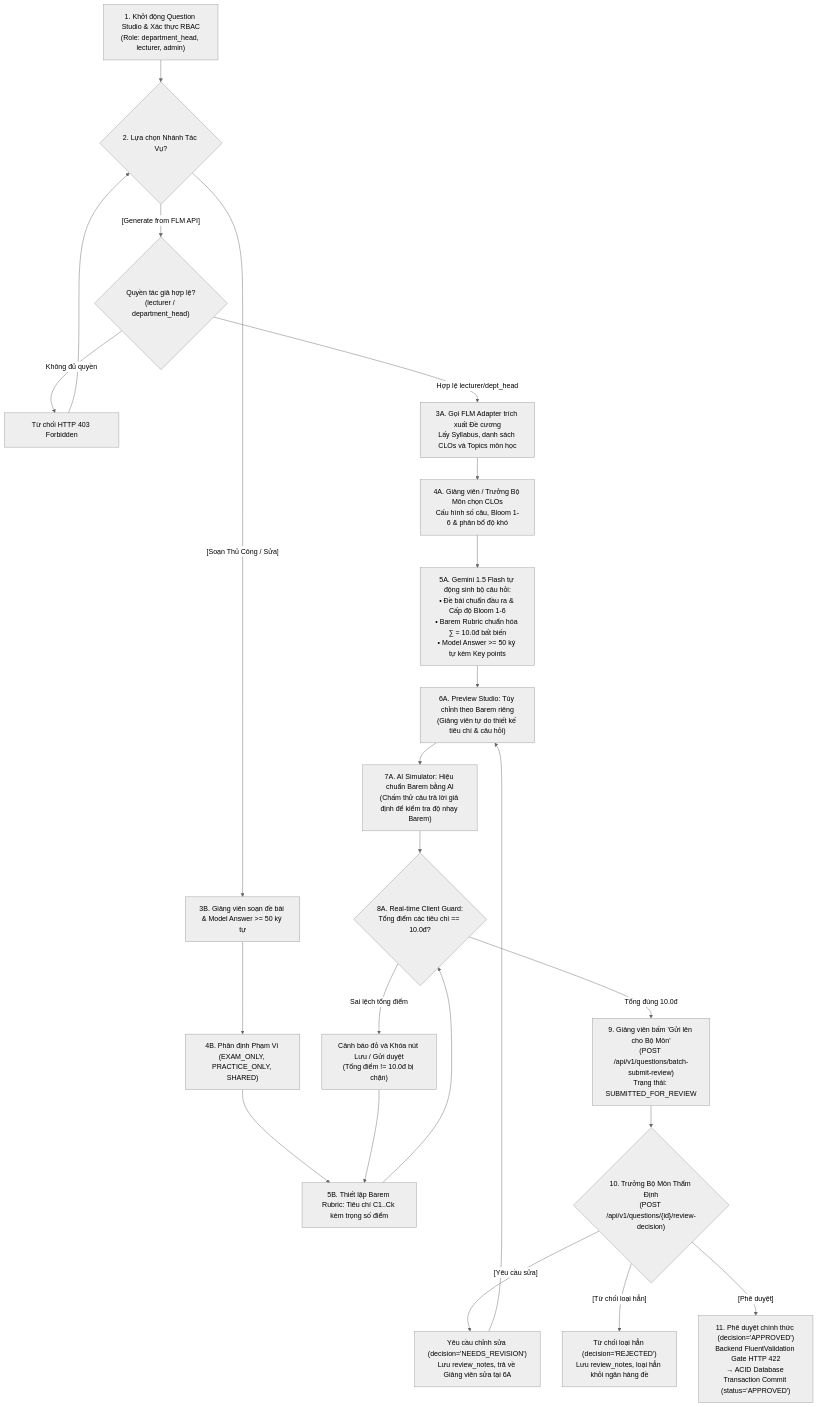
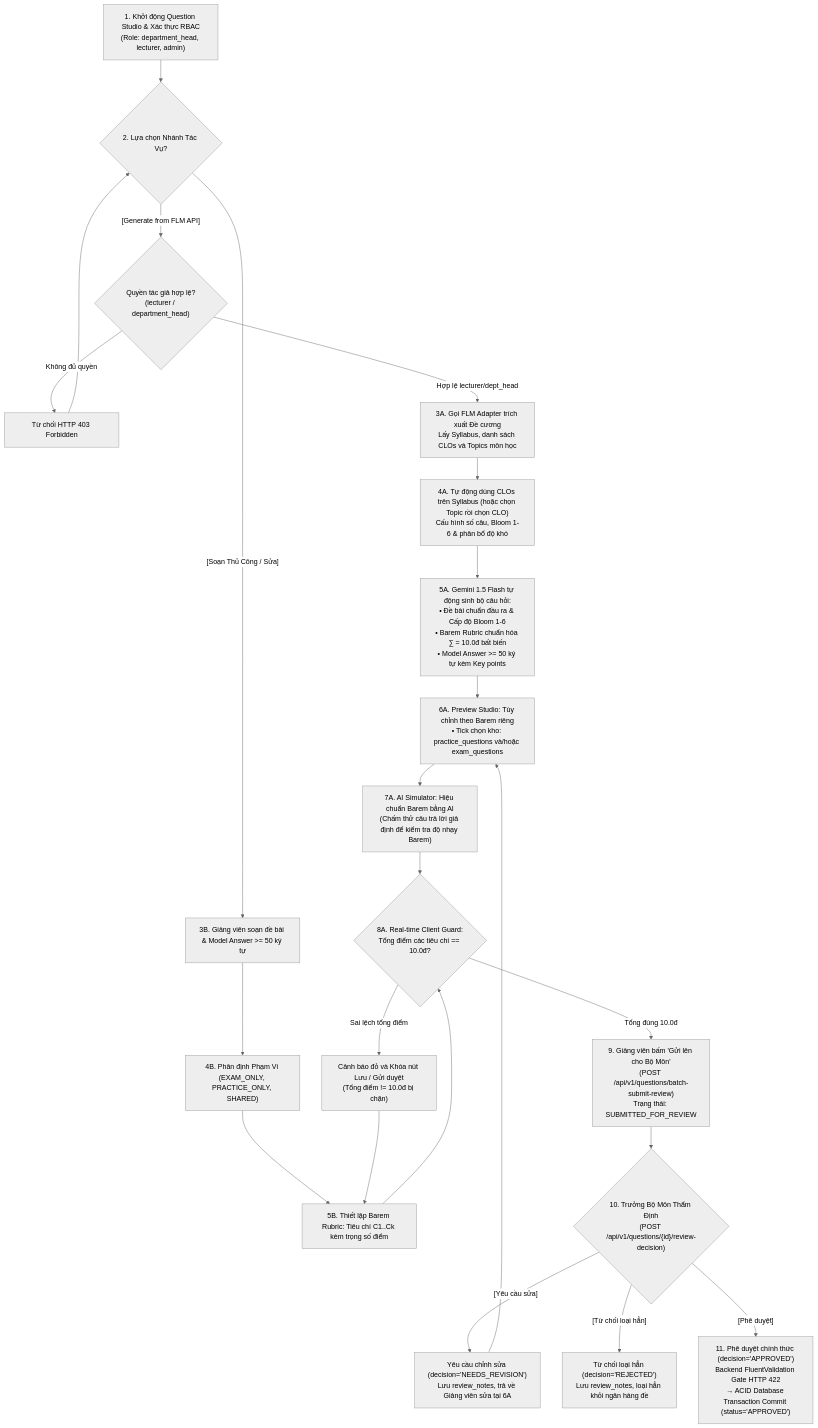
The eighth of 14 diagrams in docs/MASTER_ARCHITECTURE.md (An-LLM-based-Oral-Examination/oral-exam-system), drawn with Mermaid (neutral theme) before and after one commit. The commit also changed other lines of this file and 144 other files, not shown here.

````diff
--- a/docs/MASTER_ARCHITECTURE.md
+++ b/docs/MASTER_ARCHITECTURE.md
@@ -790,41 +793,41 @@
 ```mermaid
 flowchart TD
     M3_Start["1. Khởi động Question Studio & Xác thực RBAC<br>(Role: department_head, lecturer, admin)"]
     M3_Branch{"2. Lựa chọn Nhánh Tác Vụ?"}
 
     %% Nhánh A: Sinh tự động từ FLM API
     M3_FLM_Auth{"Quyền tác giả hợp lệ?<br>(lecturer / department_head)"}
     M3_FLM_403["Từ chối HTTP 403 Forbidden"]
     M3_FLM_Fetch["3A. Gọi FLM Adapter trích xuất Đề cương<br>Lấy Syllabus, danh sách CLOs và Topics môn học"]
-    M3_FLM_Select["4A. Giảng viên / Trưởng Bộ Môn chọn CLOs<br>Cấu hình số câu, Bloom 1-6 & phân bổ độ khó"]
+    M3_FLM_Select["4A. Tự động dùng CLOs trên Syllabus (hoặc chọn Topic rồi chọn CLO)<br>Cấu hình số câu, Bloom 1-6 & phân bổ độ khó"]
     M3_FLM_AI["5A. Gemini 1.5 Flash tự động sinh bộ câu hỏi:<br>• Đề bài chuẩn đầu ra & Cấp độ Bloom 1-6<br>• Barem Rubric chuẩn hóa ∑ = 10.0đ bất biến<br>• Model Answer >= 50 ký tự kèm Key points"]
-    M3_FLM_Preview["6A. Preview Studio: Tùy chỉnh theo Barem riêng<br>(Giảng viên tự do thiết kế tiêu chí & câu hỏi)"]
+    M3_FLM_Preview["6A. Preview Studio: Tùy chỉnh theo Barem riêng<br>• Tick chọn kho: practice_questions và/hoặc exam_questions"]
     M3_Sim["7A. AI Simulator: Hiệu chuẩn Barem bằng AI<br>(Chấm thử câu trả lời giả định để kiểm tra độ nhạy Barem)"]
     M3_ClientGuard{"8A. Real-time Client Guard:<br>Tổng điểm các tiêu chí == 10.0đ?"}
     M3_Warn["Cảnh báo đỏ và Khóa nút Lưu / Gửi duyệt<br>(Tổng điểm != 10.0đ bị chặn)"]
 
     %% Nhánh B: Soạn thủ công
     M3_Manual["3B. Giảng viên soạn đề bài & Model Answer >= 50 ký tự"]
     M3_Scope["4B. Phân định Phạm Vi (EXAM_ONLY, PRACTICE_ONLY, SHARED)"]
     M3_Rubric["5B. Thiết lập Barem Rubric: Tiêu chí C1..Ck kèm trọng số điểm"]
 
     %% Quy trình Gửi duyệt Bộ môn & Phê duyệt
     M3_Submit_Review["9. Giảng viên bấm 'Gửi lên cho Bộ Môn'<br>(POST /api/v1/questions/batch-submit-review)<br>Trạng thái: SUBMITTED_FOR_REVIEW"]
     M3_Dept_Review{"10. Trưởng Bộ Môn Thẩm Định<br>(POST /api/v1/questions/{id}/review-decision)"}
     M3_Dept_Revision["Yêu cầu chỉnh sửa (decision='NEEDS_REVISION')<br>Lưu review_notes, trả về Giảng viên sửa tại 6A"]
     M3_Dept_Reject["Từ chối loại hẳn (decision='REJECTED')<br>Lưu review_notes, loại hẳn khỏi ngân hàng đề"]
     M3_Commit["11. Phê duyệt chính thức (decision='APPROVED')<br>Backend FluentValidation Gate HTTP 422<br>→ ACID Database Transaction Commit (status='APPROVED')"]
 
     M3_Start --> M3_Branch
     M3_Branch -- "[Generate from FLM API]" --> M3_FLM_Auth
     M3_FLM_Auth -- Không đủ quyền --> M3_FLM_403 --> M3_Branch
     M3_FLM_Auth -- Hợp lệ lecturer/dept_head --> M3_FLM_Fetch --> M3_FLM_Select --> M3_FLM_AI --> M3_FLM_Preview --> M3_Sim --> M3_ClientGuard
 
     M3_Branch -- "[Soạn Thủ Công / Sửa]" --> M3_Manual --> M3_Scope --> M3_Rubric --> M3_ClientGuard
 
     M3_ClientGuard -- Sai lệch tổng điểm --> M3_Warn --> M3_Rubric
     M3_ClientGuard -- Tổng đúng 10.0đ --> M3_Submit_Review --> M3_Dept_Review
     M3_Dept_Review -- "[Yêu cầu sửa]" --> M3_Dept_Revision --> M3_FLM_Preview
     M3_Dept_Review -- "[Từ chối loại hẳn]" --> M3_Dept_Reject
     M3_Dept_Review -- "[Phê duyệt]" --> M3_Commit
 ```
````
